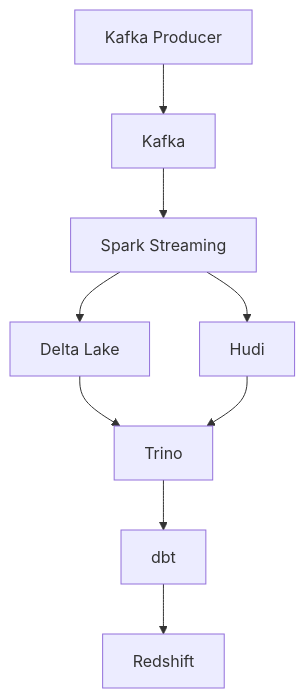
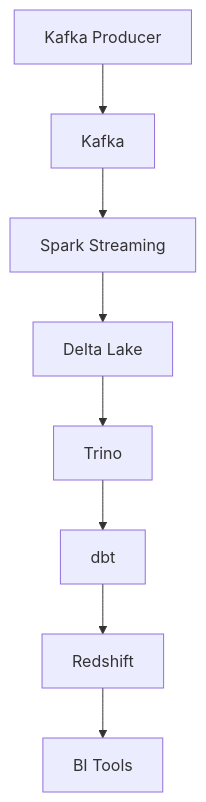
One commit to rafaelspecta/user-behavior-analytics changed the second of 3 diagrams in README.md. Above: the diagram before and after it, drawn with Mermaid. The commit also changed other lines of this file, not shown here.

First line of the commit message:
docs(readme): add architecture option diagrams

````diff
--- a/README.md
+++ b/README.md
@@ -7,11 +23,10 @@
 ```mermaid
 graph TD
     A[Kafka Producer] --> B[Kafka]
     B --> C[Spark Streaming]
     C --> D[Delta Lake]
-    C --> E[Hudi]
-    D --> F[Trino]
-    E --> F
-    F --> G[dbt]
-    G --> H[Redshift]
+    D --> E[Trino]
+    E --> F[dbt]
+    F --> G[Redshift]
+    G --> H[BI Tools]
 ```
````
